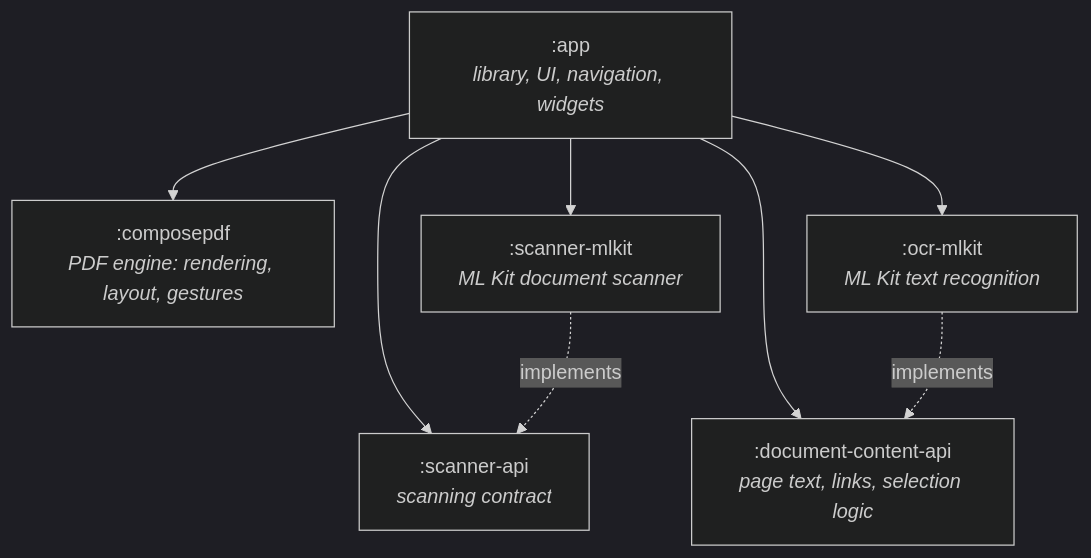
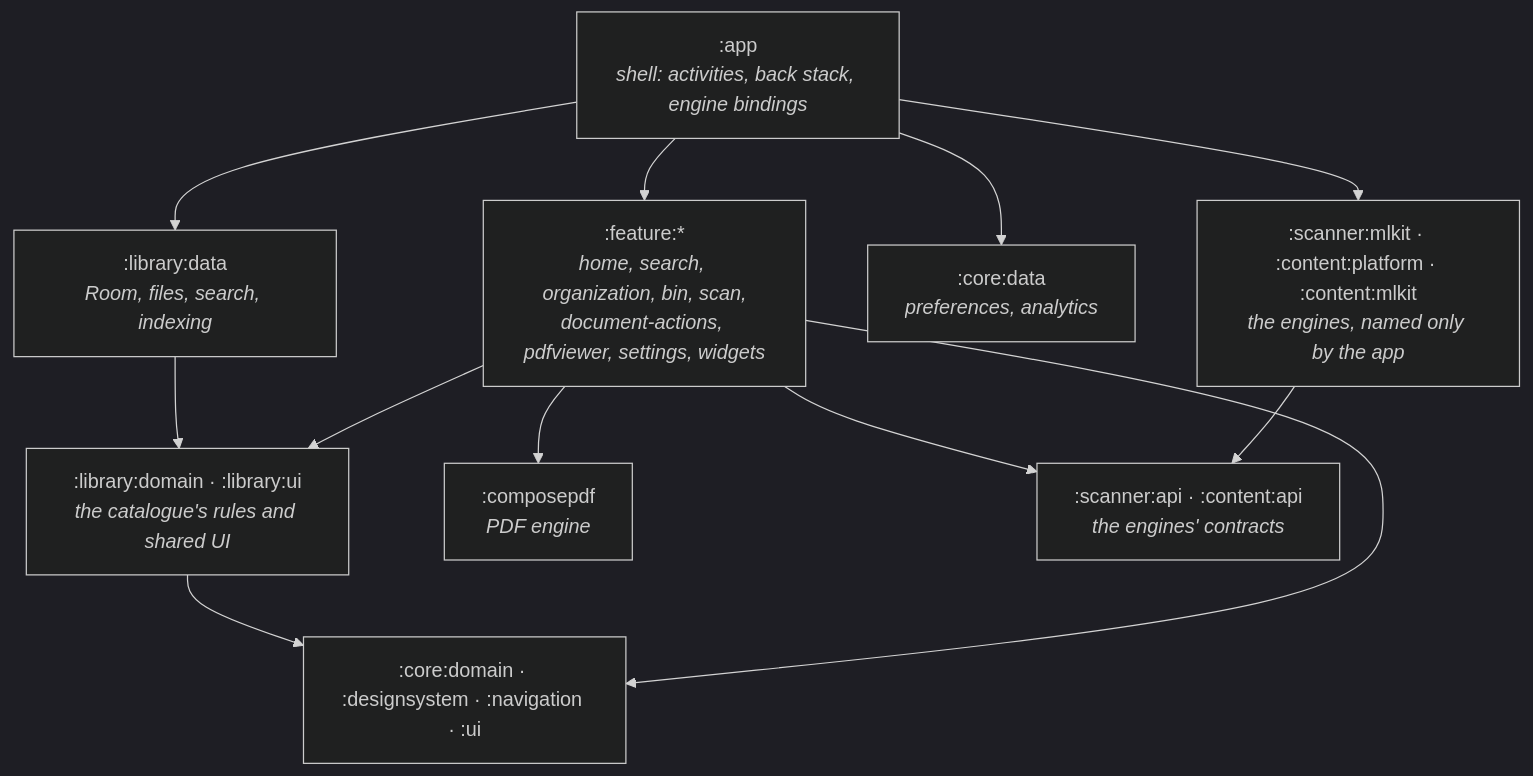
One commit to BobbyESP/Docucraft changed the diagram in README.md. Above: the diagram before and after it, drawn with Mermaid (dark theme). The commit also changed other lines of this file and 1125 other files, not shown here.

````diff
--- a/README.md
+++ b/README.md
@@ -159,17 +161,24 @@
 ```mermaid
 graph TD
-    app[":app<br/><i>library, UI, navigation, widgets</i>"]
-    composepdf[":composepdf<br/><i>PDF engine: rendering, layout, gestures</i>"]
-    scannerApi[":scanner-api<br/><i>scanning contract</i>"]
-    scannerMlkit[":scanner-mlkit<br/><i>ML Kit document scanner</i>"]
-    contentApi[":document-content-api<br/><i>page text, links, selection logic</i>"]
-    ocrMlkit[":ocr-mlkit<br/><i>ML Kit text recognition</i>"]
+    app[":app<br/><i>shell: activities, back stack, engine bindings</i>"]
+    features[":feature:*<br/><i>home, search, organization, bin, scan,<br/>document-actions, pdfviewer, settings, widgets</i>"]
+    library[":library:domain · :library:ui<br/><i>the catalogue's rules and shared UI</i>"]
+    libraryData[":library:data<br/><i>Room, files, search, indexing</i>"]
+    core[":core:domain · :designsystem · :navigation · :ui"]
+    coreData[":core:data<br/><i>preferences, analytics</i>"]
+    composepdf[":composepdf<br/><i>PDF engine</i>"]
+    apis[":scanner:api · :content:api<br/><i>the engines' contracts</i>"]
+    engines[":scanner:mlkit · :content:platform · :content:mlkit<br/><i>the engines, named only by the app</i>"]
 
-    app --> composepdf
-    app --> scannerApi
-    app --> scannerMlkit
-    app --> contentApi
-    app --> ocrMlkit
-    scannerMlkit -. implements .-> scannerApi
-    ocrMlkit -. implements .-> contentApi
+    app --> features
+    app --> libraryData
+    app --> coreData
+    app --> engines
+    engines --> apis
+    features --> apis
+    features --> library
+    features --> core
+    features --> composepdf
+    libraryData --> library
+    library --> core
 ```
````
